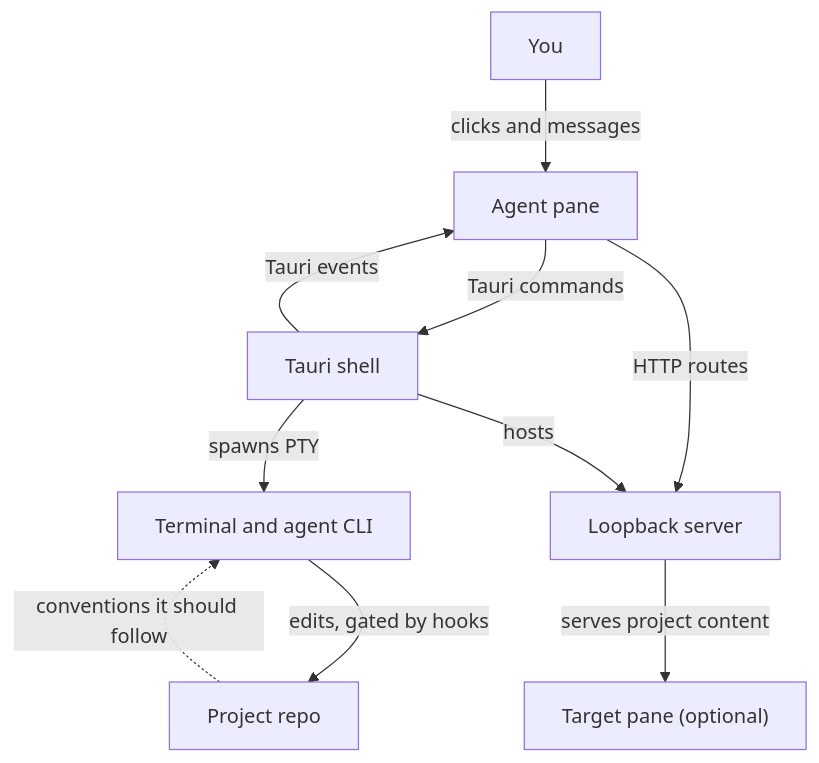
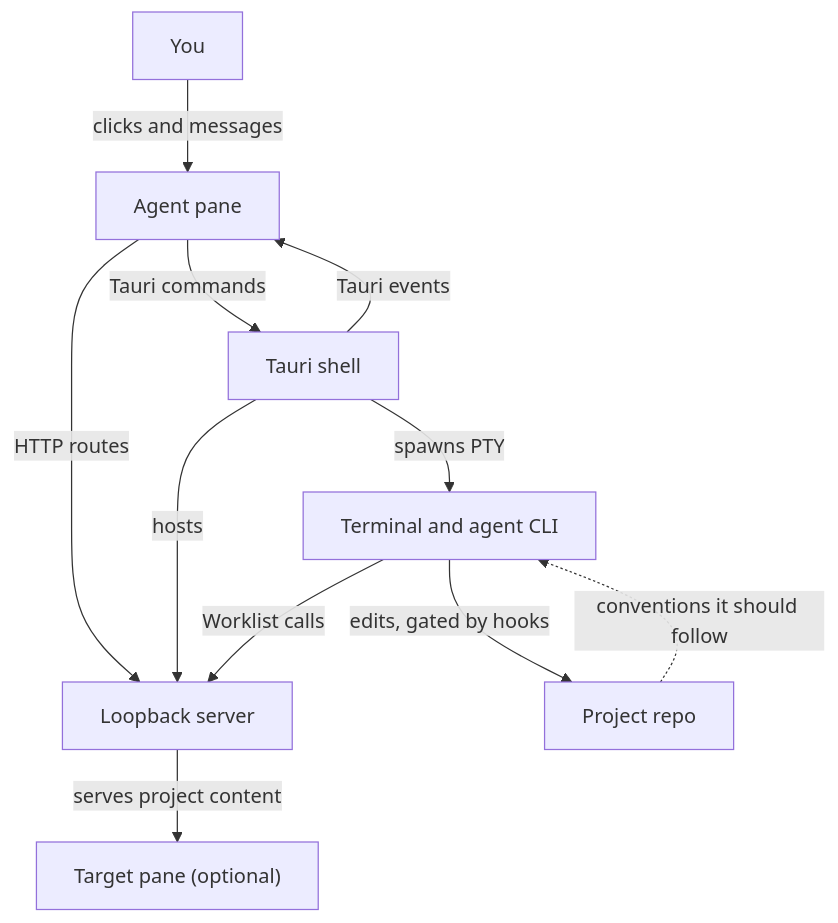
Before and after one commit to judell/bram: the diagram in orientation/architecture/01-system.mmd, drawn with Mermaid. The commit also changed 2 other files, not shown here.

Commit message:
Orientation: show how an agent reaches the host
Diagram 1 had no arrow from the agent to Bram, so a reader couldn't see
how an agent advances or commits an item, and Codex's filesystem route
appeared only in diagram 5. It now has a Worklist calls arrow, whose
detail explains both routes: loopback curl for Claude and OpenCode,
intent and result files for Codex, because its sandbox refuses loopback.
Diagram 3's advance detail names them too.

Written by Jon's Claude (Bram 0.8.2, Opus 5.5).

```diff
--- a/orientation/architecture/01-system.mmd
+++ b/orientation/architecture/01-system.mmd
@@ -1,36 +1,38 @@
 flowchart TD
   user["You"]
   pane["Agent pane"]
   shell["Tauri shell"]
   cli["Terminal and agent CLI"]
   loop["Loopback server"]
   target["Target pane (optional)"]
   repo["Project repo"]
 
   user -->|"clicks and messages"| pane
   pane -->|"Tauri commands"| shell
   pane -->|"HTTP routes"| loop
   shell -->|"spawns PTY"| cli
   shell -->|"hosts"| loop
   shell -->|"Tauri events"| pane
   cli -->|"edits, gated by hooks"| repo
+  cli -->|"Worklist calls"| loop
   loop -->|"serves project content"| target
   repo -.->|"conventions it should follow"| cli
 
 %% Hover text for boxes and arrow labels, keyed by the label exactly as drawn.
 %% tip: You :: Anyone who uses Claude Code, Codex or OpenCode, working from the root of a git repo.
 %% tip: Agent pane :: Bram's own UI, an XMLUI app in an iframe: Worklist, Transcript, Sessions and more.
 %% tip: Tauri shell :: The Rust host (src-tauri/src/lib.rs): PTY, loopback server, scheme handlers, watchers.
 %% tip: Terminal and agent CLI :: xterm.js in the host page, wired to a PTY running claude, codex or opencode.
 %% tip: Loopback server :: An HTTP server on 127.0.0.1 inside the Rust host; its port is in resources/.bram-port. A common gate refuses foreign Origins on state changes and Hosts that are not loopback.
+%% tip: Worklist calls :: How an agent advances, prunes or commits an item. Claude and OpenCode use loopback curl; Codex writes intent and result files, because its sandbox refuses loopback.
 %% tip: Target pane (optional) :: A display-only iframe for the project's own web UI. Off by default.
 %% tip: Project repo :: The git repo Bram was started in. State lives under resources/ and in refs/bram/.
 %% tip: clicks and messages :: Buttons and the message box call window helpers such as toTurn.
 %% tip: Tauri commands :: The pane invokes Rust commands (queue_pty_intent, record_worklist_action_authorization).
 %% tip: HTTP routes :: The pane and agents read and post to /__* routes on the loopback server.
 %% tip: spawns PTY :: pty_spawn opens a pseudo-terminal and runs the agent command in it.
 %% tip: hosts :: The Rust host binds and serves the loopback server on a thread.
 %% tip: Tauri events :: The host pushes events such as turn-state-changed; the pane refetches on them.
 %% tip: edits, gated by hooks :: Agent file edits pass through bram-guard, which allows or denies them.
 %% tip: serves project content :: handle_target_scheme proxies project files to the target pane at a separate origin.
 %% tip: conventions it should follow :: Dashed: seeded instructions bind the agent only if it reads and obeys them.
```
